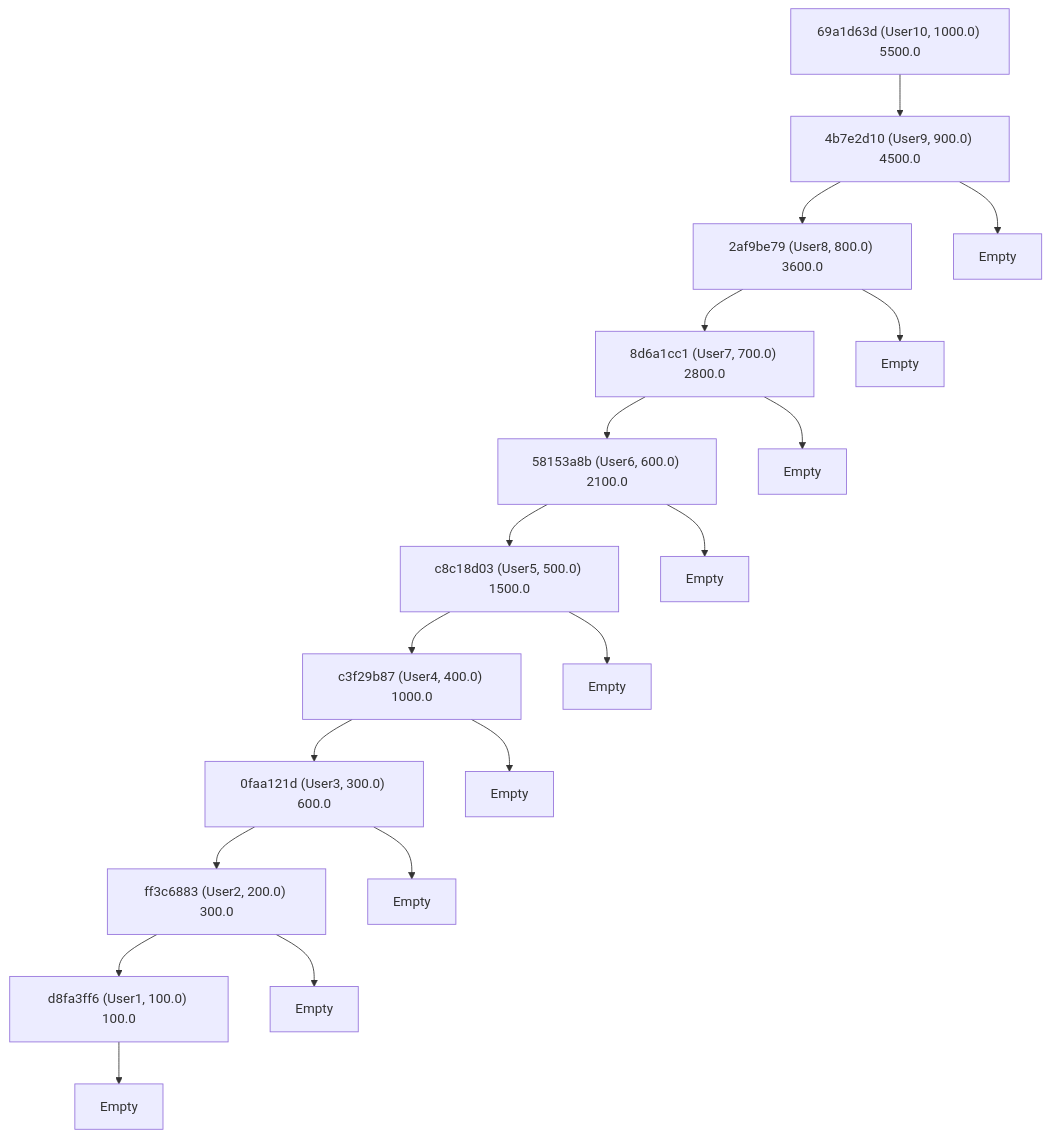
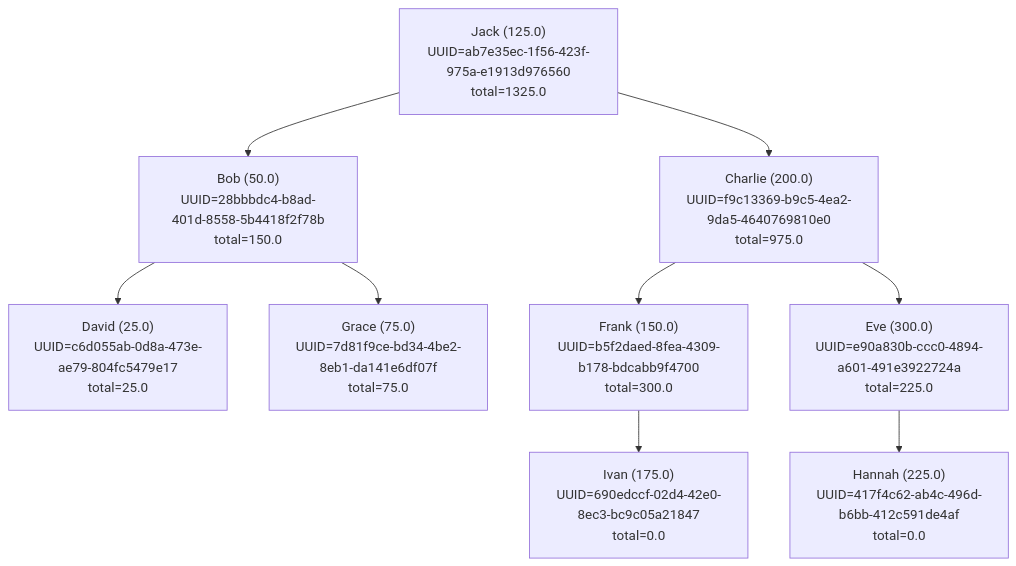
One commit to fusionlaboratories/crystallization-trees changed the diagram in README.md. Above: the diagram before and after it, drawn with Mermaid. The commit also changed other lines of this file, not shown here.

````diff
--- a/README.md
+++ b/README.md
@@ -44,22 +122,22 @@
 ```mermaid
 graph TD
-    A["69a1d63d (User10, 1000.0) 5500.0"] --> B["4b7e2d10 (User9, 900.0) 4500.0"]
-    B --> C["2af9be79 (User8, 800.0) 3600.0"]
-    C --> D["8d6a1cc1 (User7, 700.0) 2800.0"]
-    D --> E["58153a8b (User6, 600.0) 2100.0"]
-    E --> F["c8c18d03 (User5, 500.0) 1500.0"]
-    F --> G["c3f29b87 (User4, 400.0) 1000.0"]
-    G --> H["0faa121d (User3, 300.0) 600.0"]
-    H --> I["ff3c6883 (User2, 200.0) 300.0"]
-    I --> J["d8fa3ff6 (User1, 100.0) 100.0"]
-    B --> K[Empty]
-    C --> L[Empty]
-    D --> M[Empty]
-    E --> N[Empty]
-    F --> O[Empty]
-    G --> P[Empty]
-    H --> Q[Empty]
-    I --> R[Empty]
-    J --> S[Empty]
+  jack["Jack (125.0)<br/>UUID=ab7e35ec-1f56-423f-975a-e1913d976560<br/>total=1325.0"]
+  bob["Bob (50.0)<br/>UUID=28bbbdc4-b8ad-401d-8558-5b4418f2f78b<br/>total=150.0"]
+  david["David (25.0)<br/>UUID=c6d055ab-0d8a-473e-ae79-804fc5479e17<br/>total=25.0"]
+  grace["Grace (75.0)<br/>UUID=7d81f9ce-bd34-4be2-8eb1-da141e6df07f<br/>total=75.0"]
+  charlie["Charlie (200.0)<br/>UUID=f9c13369-b9c5-4ea2-9da5-4640769810e0<br/>total=975.0"]
+  frank["Frank (150.0)<br/>UUID=b5f2daed-8fea-4309-b178-bdcabb9f4700<br/>total=300.0"]
+  ivan["Ivan (175.0)<br/>UUID=690edccf-02d4-42e0-8ec3-bc9c05a21847<br/>total=0.0"]
+  eve["Eve (300.0)<br/>UUID=e90a830b-ccc0-4894-a601-491e3922724a<br/>total=225.0"]
+  hannah["Hannah (225.0)<br/>UUID=417f4c62-ab4c-496d-b6bb-412c591de4af<br/>total=0.0"]
+  
+  jack --> bob
+  jack --> charlie
+  bob --> david
+  bob --> grace
+  charlie --> frank
+  charlie --> eve
+  frank --> ivan
+  eve --> hannah
 
 ```
````
